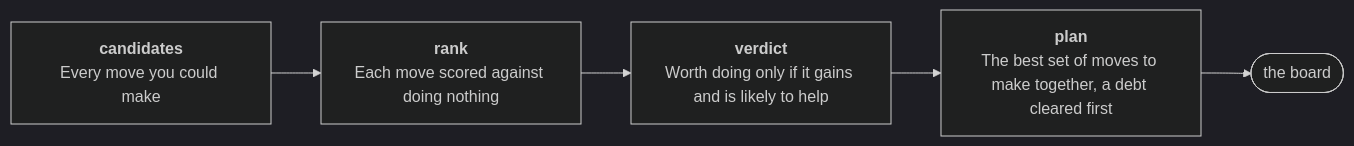
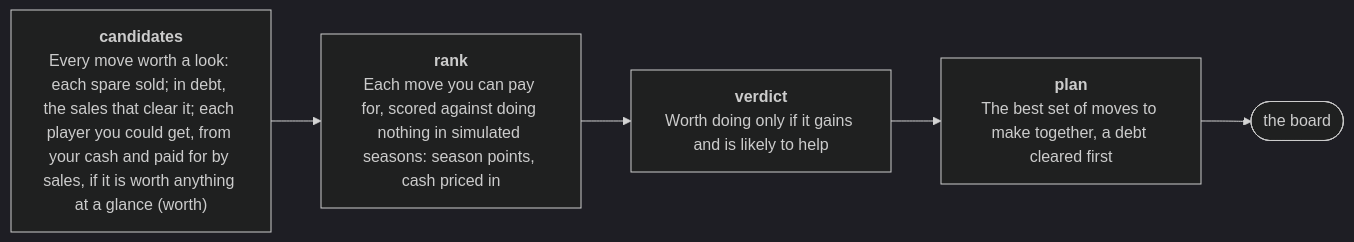
Before and after one commit to OrsM/liga_five_guys: the diagram in docs/funnel.mmd, drawn with Mermaid (dark theme). The commit also changed 11 other files, not shown here.

First line of the commit message:
Points above replacement screen and one way to fund a move

```diff
--- a/docs/funnel.mmd
+++ b/docs/funnel.mmd
@@ -1,9 +1,9 @@
 flowchart LR
-    s0["<b>candidates</b><br/>Every move you could make"]
-    s1["<b>rank</b><br/>Each move scored against doing nothing"]
+    s0["<b>candidates</b><br/>Every move worth a look: each spare sold; in debt, the sales that clear it; each player you could get, from your cash and paid for by sales, if it is worth anything at a glance (worth)"]
+    s1["<b>rank</b><br/>Each move you can pay for, scored against doing nothing in simulated seasons: season points, cash priced in"]
     s0 --> s1
     s2["<b>verdict</b><br/>Worth doing only if it gains and is likely to help"]
     s1 --> s2
     s3["<b>plan</b><br/>The best set of moves to make together, a debt cleared first"]
     s2 --> s3
     s3 --> board(["the board"])
```
